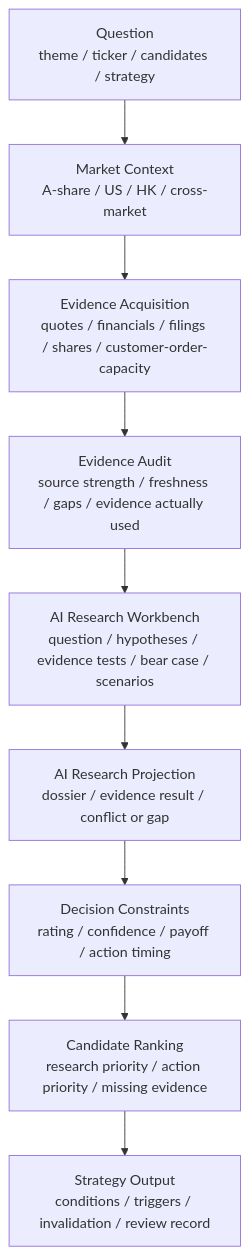
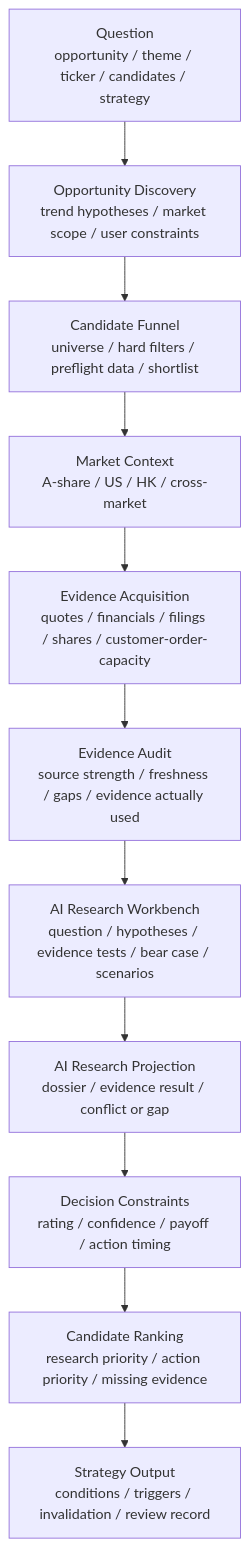
One commit to lucisxu6-cpu/serenity-chan changed the second of 2 diagrams in README.md. Above: the diagram before and after it, drawn with Mermaid. The commit also changed other lines of this file and 21 other files, not shown here.

Commit message:
Add opportunity discovery funnel workflow

````diff
--- a/README.md
+++ b/README.md
@@ -176,11 +183,13 @@
 ```mermaid
 flowchart TB
-  A["Question<br/>theme / ticker / candidates / strategy"] --> B["Market Context<br/>A-share / US / HK / cross-market"]
-  B --> C["Evidence Acquisition<br/>quotes / financials / filings / shares / customer-order-capacity"]
-  C --> D["Evidence Audit<br/>source strength / freshness / gaps / evidence actually used"]
-  D --> E["AI Research Workbench<br/>question / hypotheses / evidence tests / bear case / scenarios"]
-  E --> F["AI Research Projection<br/>dossier / evidence result / conflict or gap"]
-  F --> G["Decision Constraints<br/>rating / confidence / payoff / action timing"]
-  G --> H["Candidate Ranking<br/>research priority / action priority / missing evidence"]
-  H --> I["Strategy Output<br/>conditions / triggers / invalidation / review record"]
+  A["Question<br/>opportunity / theme / ticker / candidates / strategy"] --> B["Opportunity Discovery<br/>trend hypotheses / market scope / user constraints"]
+  B --> C["Candidate Funnel<br/>universe / hard filters / preflight data / shortlist"]
+  C --> D["Market Context<br/>A-share / US / HK / cross-market"]
+  D --> E["Evidence Acquisition<br/>quotes / financials / filings / shares / customer-order-capacity"]
+  E --> F["Evidence Audit<br/>source strength / freshness / gaps / evidence actually used"]
+  F --> G["AI Research Workbench<br/>question / hypotheses / evidence tests / bear case / scenarios"]
+  G --> H["AI Research Projection<br/>dossier / evidence result / conflict or gap"]
+  H --> I["Decision Constraints<br/>rating / confidence / payoff / action timing"]
+  I --> J["Candidate Ranking<br/>research priority / action priority / missing evidence"]
+  J --> K["Strategy Output<br/>conditions / triggers / invalidation / review record"]
 ```
````
